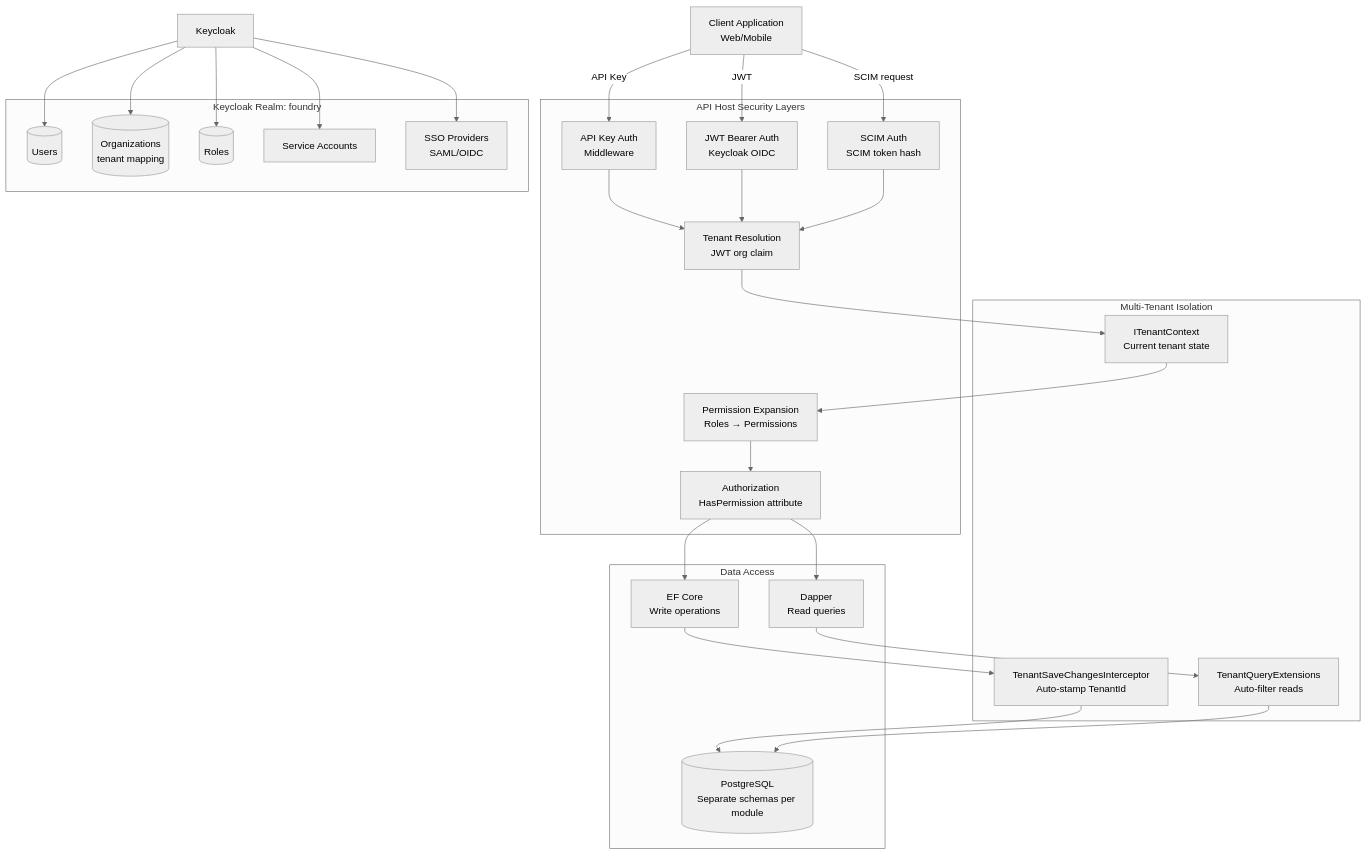
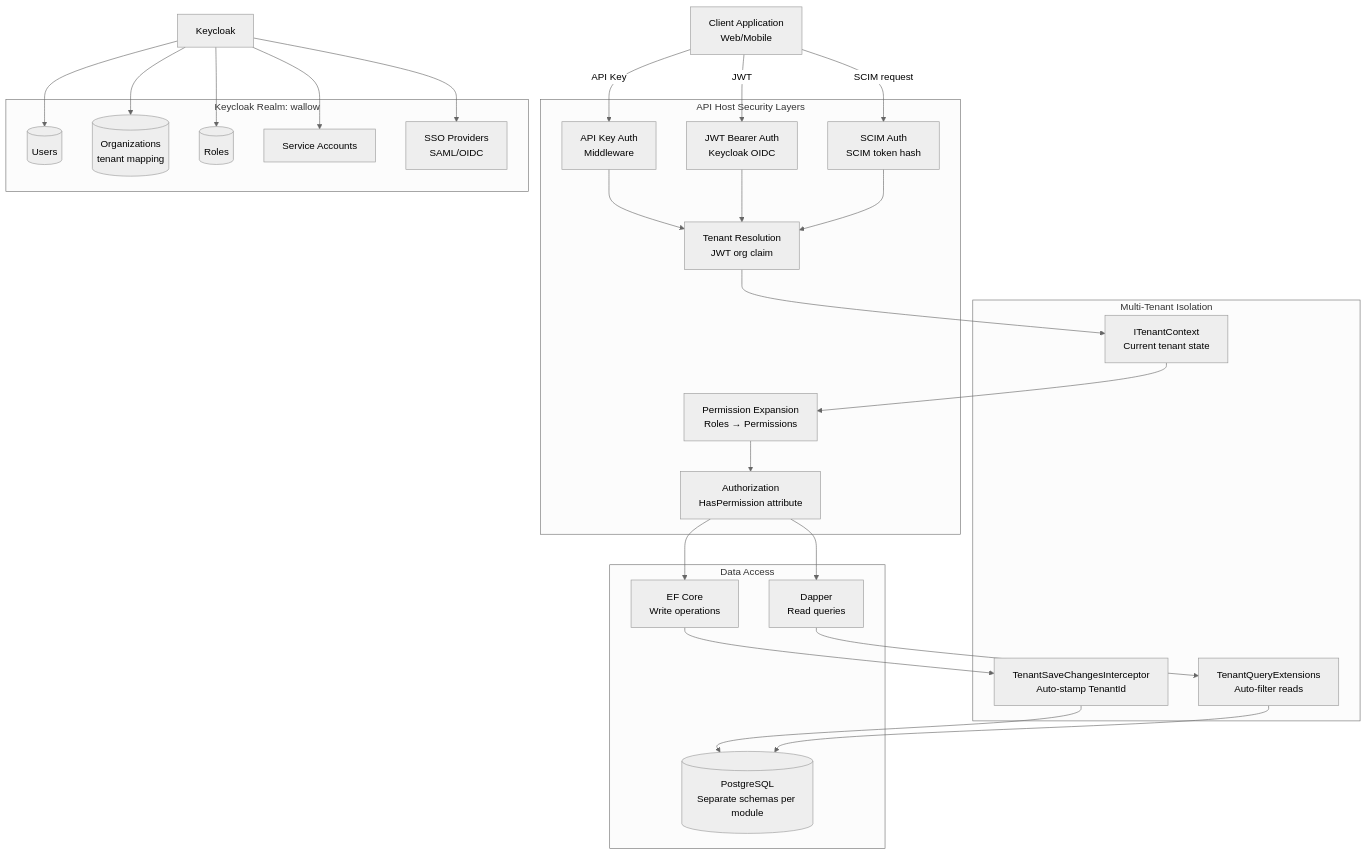
Before and after one commit to bc-solutions-coder/wallow: the fifth of 6 diagrams in docs/architecture/ARCHITECTURE-DIAGRAMS.md, drawn with Mermaid (neutral theme). The commit also changed other lines of this file and 3486 other files, not shown here.

First line of the commit message:
refactor!: rename project from Foundry to Wallow

````diff
--- a/docs/architecture/ARCHITECTURE-DIAGRAMS.md
+++ b/docs/architecture/ARCHITECTURE-DIAGRAMS.md
@@ -220,61 +220,61 @@
 ```mermaid
 graph TB
     Client[Client Application<br/>Web/Mobile]
 
     subgraph "API Host Security Layers"
         ApiKey[API Key Auth<br/>Middleware]
         JWT[JWT Bearer Auth<br/>Keycloak OIDC]
         TenantRes[Tenant Resolution<br/>JWT org claim]
         PermExp[Permission Expansion<br/>Roles → Permissions]
         AuthZ[Authorization<br/>HasPermission attribute]
         SCIM[SCIM Auth<br/>SCIM token hash]
     end
 
-    subgraph "Keycloak Realm: foundry"
+    subgraph "Keycloak Realm: wallow"
         Users[(Users)]
         Orgs[(Organizations<br/>tenant mapping)]
         Roles[(Roles)]
         SA[Service Accounts]
         SSO[SSO Providers<br/>SAML/OIDC]
     end
 
     subgraph "Multi-Tenant Isolation"
         TenantCtx[ITenantContext<br/>Current tenant state]
         SaveInterceptor[TenantSaveChangesInterceptor<br/>Auto-stamp TenantId]
         QueryFilter[TenantQueryExtensions<br/>Auto-filter reads]
     end
 
     subgraph "Data Access"
         EFCore[EF Core<br/>Write operations]
         Dapper[Dapper<br/>Read queries]
         DB[(PostgreSQL<br/>Separate schemas per module)]
     end
 
     Client -->|API Key| ApiKey
     Client -->|JWT| JWT
     Client -->|SCIM request| SCIM
 
     ApiKey --> TenantRes
     JWT --> TenantRes
     SCIM --> TenantRes
 
     TenantRes --> TenantCtx
     TenantCtx --> PermExp
 
     PermExp --> AuthZ
 
     AuthZ --> EFCore
     AuthZ --> Dapper
 
     EFCore --> SaveInterceptor
     SaveInterceptor --> DB
 
     Dapper --> QueryFilter
     QueryFilter --> DB
 
     Keycloak --> Users
     Keycloak --> Orgs
     Keycloak --> Roles
     Keycloak --> SA
     Keycloak --> SSO
 ```
````
